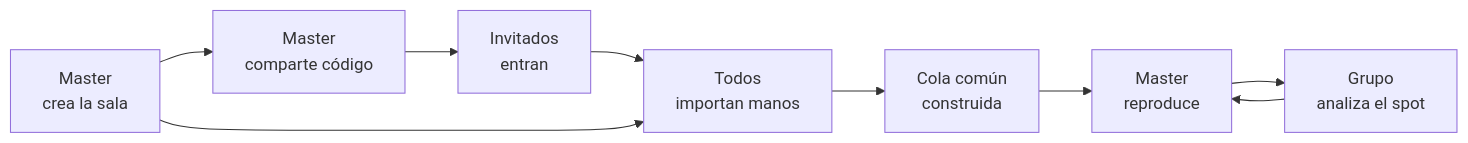
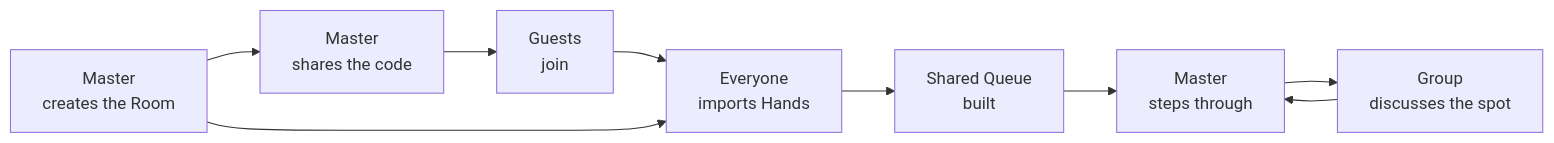
The diagram in Functionality.md (javierpiquerasmartinez/runout), drawn with Mermaid before and after one commit. The commit also changed other lines of this file and 4 other files, not shown here.

````diff
--- a/Functionality.md
+++ b/Functionality.md
@@ -42,11 +50,11 @@
 ```mermaid
 flowchart LR
-    A[Master<br/>crea la sala] --> B[Master<br/>comparte código]
-    B --> C[Invitados<br/>entran]
-    C --> D[Todos<br/>importan manos]
+    A[Master<br/>creates the Room] --> B[Master<br/>shares the code]
+    B --> C[Guests<br/>join]
+    C --> D[Everyone<br/>imports Hands]
     A --> D
-    D --> E[Cola común<br/>construida]
-    E --> F[Master<br/>reproduce]
-    F --> G[Grupo<br/>analiza el spot]
+    D --> E[Shared Queue<br/>built]
+    E --> F[Master<br/>steps through]
+    F --> G[Group<br/>discusses the spot]
     G --> F
 ```
````
